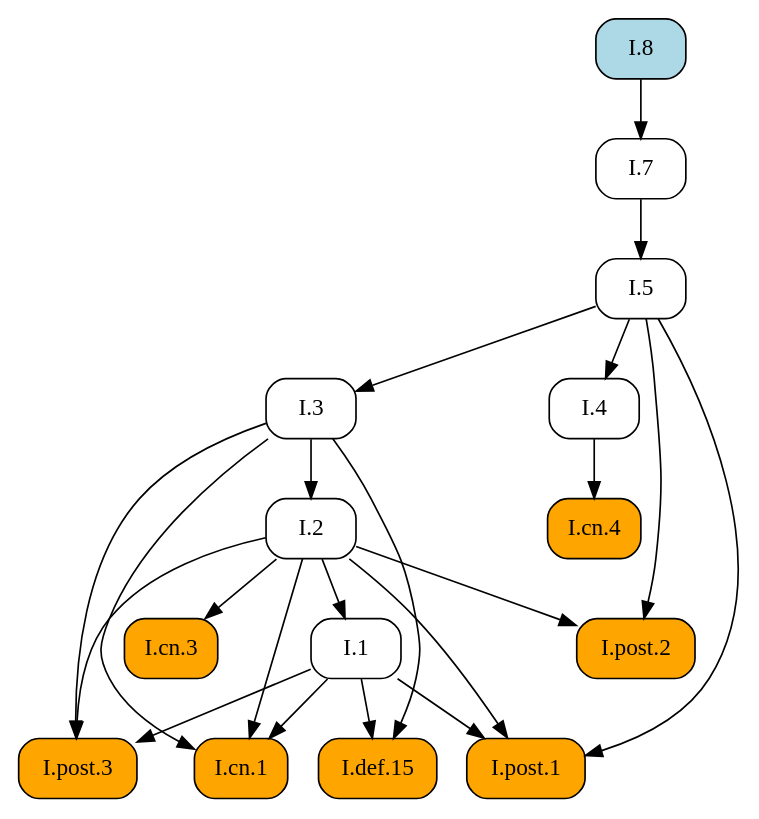
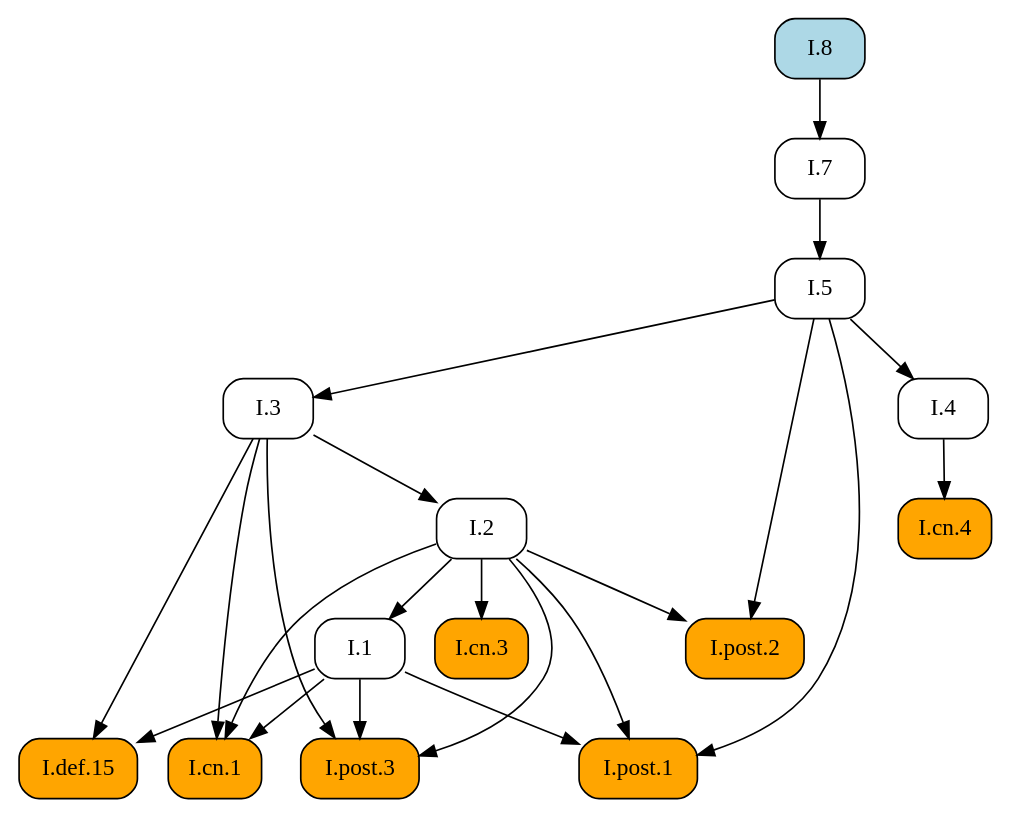
The diagram in docsrc/heath/I/8/index.rst (geometor/elements), drawn with Graphviz before and after one commit. The commit also changed other lines of this file and 484 other files, not shown here.

```diff
--- a/docsrc/heath/I/8/index.rst
+++ b/docsrc/heath/I/8/index.rst
@@ -68,41 +68,41 @@
 .. graphviz::
 
    digraph {
      rankdir="TB";
      node [shape=box, style=rounded];
-     "I.def.15" [style="rounded,filled", fillcolor=orange, URL="/heath/I/def.15/", target="_top"];
-     "I.post.3" [style="rounded,filled", fillcolor=orange, URL="/heath/I/post.3/", target="_top"];
-     "I.1" [URL="/heath/I/1/", target="_top"];
+     "I.cn.1" [style="rounded,filled", fillcolor=orange, URL="/heath/I/cn.1/", target="_top"];
      "I.7" [URL="/heath/I/7/", target="_top"];
-     "I.cn.1" [style="rounded,filled", fillcolor=orange, URL="/heath/I/cn.1/", target="_top"];
-     "I.3" [URL="/heath/I/3/", target="_top"];
-     "I.cn.3" [style="rounded,filled", fillcolor=orange, URL="/heath/I/cn.3/", target="_top"];
      "I.8" [style="rounded,filled", fillcolor=lightblue, URL="/heath/I/8/", target="_top"];
      "I.2" [URL="/heath/I/2/", target="_top"];
+     "I.def.15" [style="rounded,filled", fillcolor=orange, URL="/heath/I/def.15/", target="_top"];
      "I.4" [URL="/heath/I/4/", target="_top"];
      "I.cn.4" [style="rounded,filled", fillcolor=orange, URL="/heath/I/cn.4/", target="_top"];
+     "I.1" [URL="/heath/I/1/", target="_top"];
+     "I.5" [URL="/heath/I/5/", target="_top"];
      "I.post.1" [style="rounded,filled", fillcolor=orange, URL="/heath/I/post.1/", target="_top"];
      "I.post.2" [style="rounded,filled", fillcolor=orange, URL="/heath/I/post.2/", target="_top"];
-     "I.5" [URL="/heath/I/5/", target="_top"];
-     "I.1" -> "I.def.15";
-     "I.3" -> "I.def.15";
-     "I.1" -> "I.post.3";
-     "I.2" -> "I.post.3";
-     "I.3" -> "I.post.3";
-     "I.2" -> "I.1";
-     "I.8" -> "I.7";
+     "I.post.3" [style="rounded,filled", fillcolor=orange, URL="/heath/I/post.3/", target="_top"];
+     "I.cn.3" [style="rounded,filled", fillcolor=orange, URL="/heath/I/cn.3/", target="_top"];
+     "I.3" [URL="/heath/I/3/", target="_top"];
      "I.1" -> "I.cn.1";
      "I.2" -> "I.cn.1";
      "I.3" -> "I.cn.1";
-     "I.5" -> "I.3";
-     "I.2" -> "I.cn.3";
+     "I.8" -> "I.7";
      "I.3" -> "I.2";
+     "I.1" -> "I.def.15";
+     "I.3" -> "I.def.15";
      "I.5" -> "I.4";
      "I.4" -> "I.cn.4";
+     "I.2" -> "I.1";
+     "I.7" -> "I.5";
      "I.1" -> "I.post.1";
      "I.2" -> "I.post.1";
      "I.5" -> "I.post.1";
      "I.2" -> "I.post.2";
      "I.5" -> "I.post.2";
-     "I.7" -> "I.5";
+     "I.1" -> "I.post.3";
+     "I.2" -> "I.post.3";
+     "I.3" -> "I.post.3";
+     "I.2" -> "I.cn.3";
+     "I.5" -> "I.3";
    }
```
